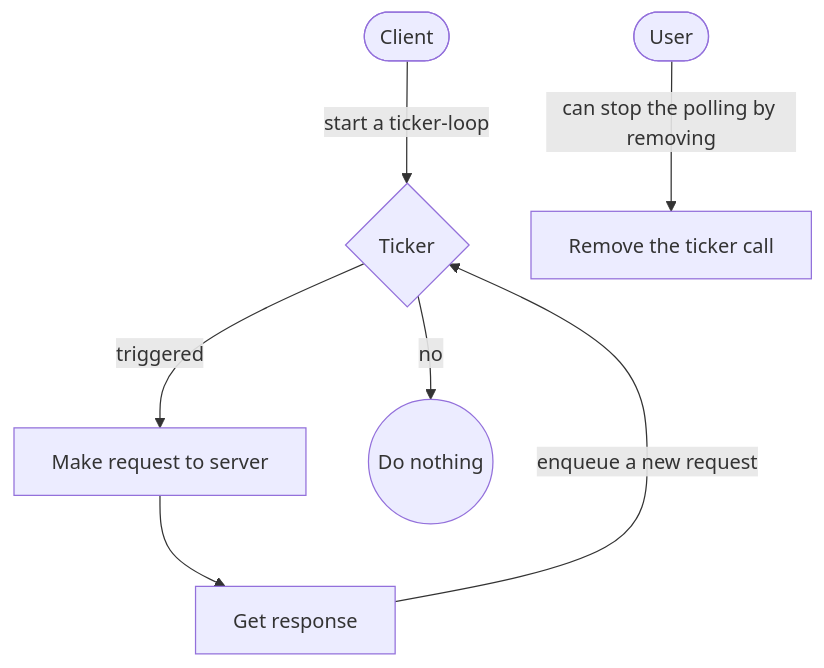
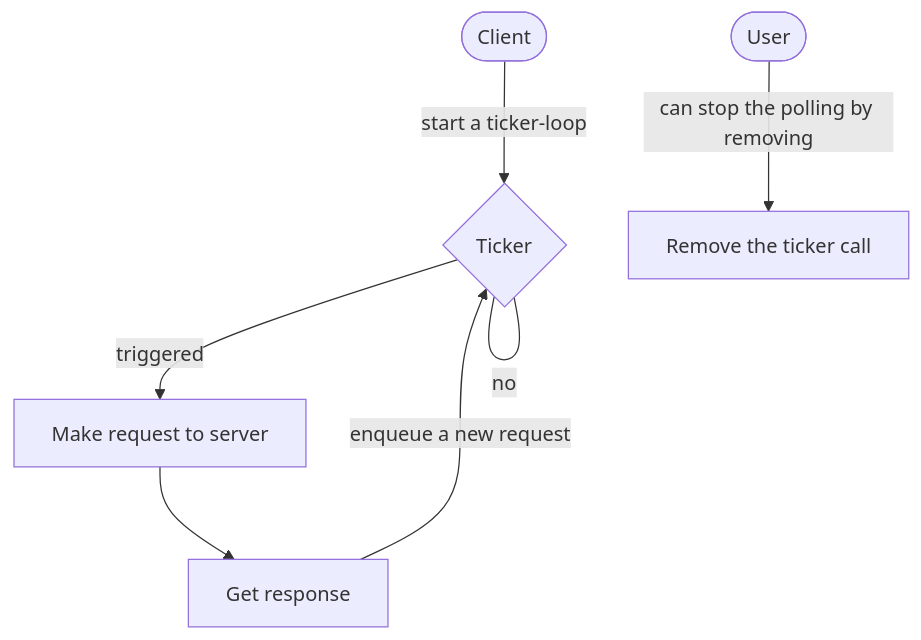
Before and after one commit to ppcamp/ppcamp.github.io: the second of 3 diagrams in src/content/post/websocket.md, drawn with Mermaid. The commit also changed other lines of this file and 33 other files, not shown here.

```diff
--- a/src/content/post/websocket.md
+++ b/src/content/post/websocket.md
@@ -40,9 +73,9 @@
 {{<mermaid>}}
 flowchart TD;
-  A([Client]) --> |start a ticker-loop| B{Ticker};
-  B --> |triggered| C[Make request to server];
-  B --> |no| D((Do nothing))
+  A([Client]) --> |start a ticker-loop| B{Ticker}
+  B -- triggered --> C[Make request to server]
+  B -- no --- B
   C --> E[Get response]
   E --> |enqueue a new request| B
   G([User]) --> |can stop the polling by removing| J[Remove the ticker call]
 {{</mermaid>}}
```
